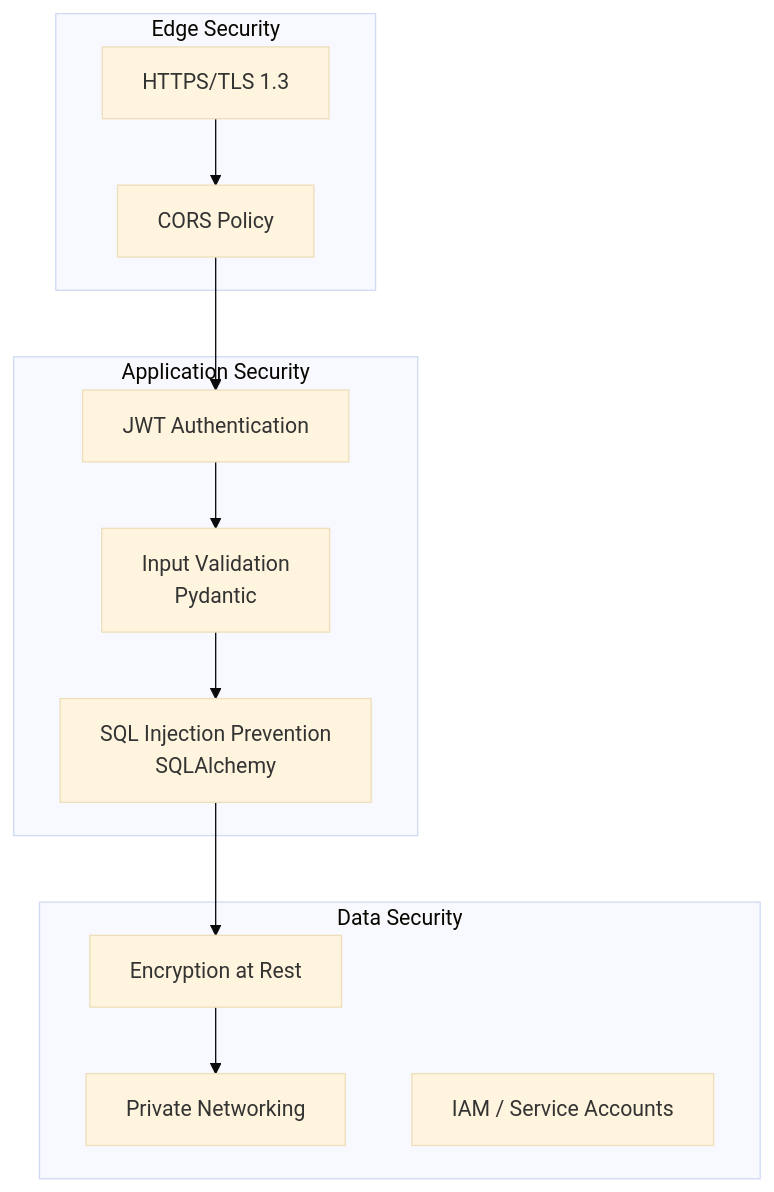
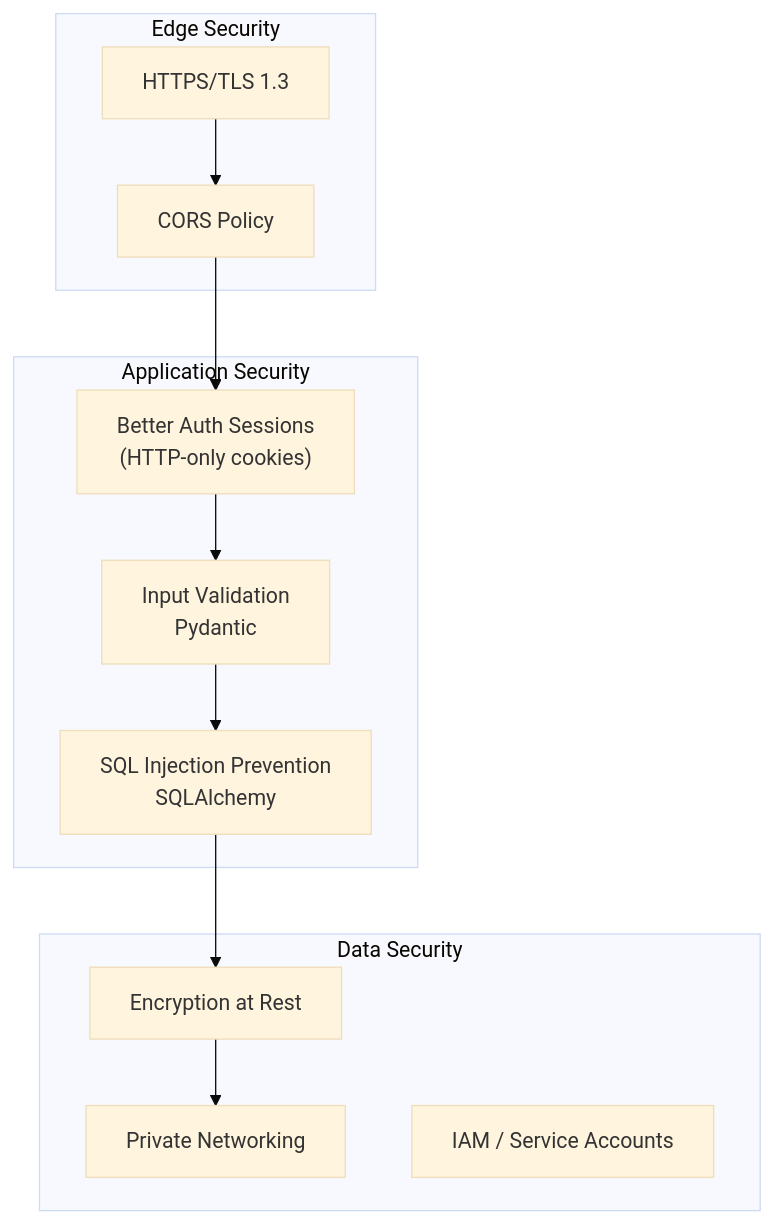
The seventh of 9 diagrams in docs/architecture/overview.md (benjamin-karaoglan/appartment-agent), drawn with Mermaid (base theme) before and after one commit. The commit also changed other lines of this file and 22 other files, not shown here.

````diff
--- a/docs/architecture/overview.md
+++ b/docs/architecture/overview.md
@@ -268,26 +298,26 @@
 ```mermaid
 flowchart TB
     subgraph Edge["Edge Security"]
         HTTPS["HTTPS/TLS 1.3"]
         CORS["CORS Policy"]
     end
 
     subgraph App["Application Security"]
-        Auth["JWT Authentication"]
+        Auth["Better Auth Sessions<br/>(HTTP-only cookies)"]
         Validation["Input Validation<br/>Pydantic"]
         SQLi["SQL Injection Prevention<br/>SQLAlchemy"]
     end
 
     subgraph Data["Data Security"]
         Encryption["Encryption at Rest"]
         PrivateNet["Private Networking"]
         IAM["IAM / Service Accounts"]
     end
 
     HTTPS --> CORS
     CORS --> Auth
     Auth --> Validation
     Validation --> SQLi
     SQLi --> Encryption
     Encryption --> PrivateNet
 ```
````
